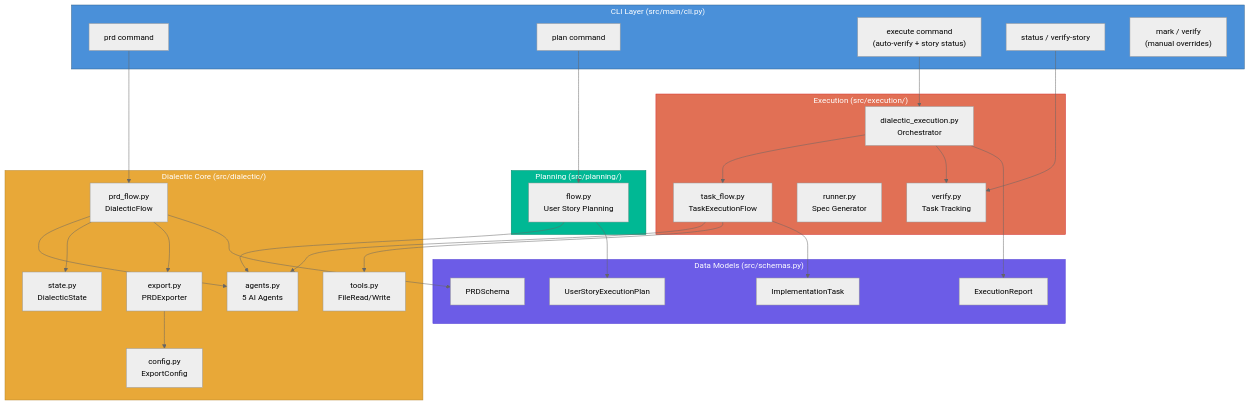
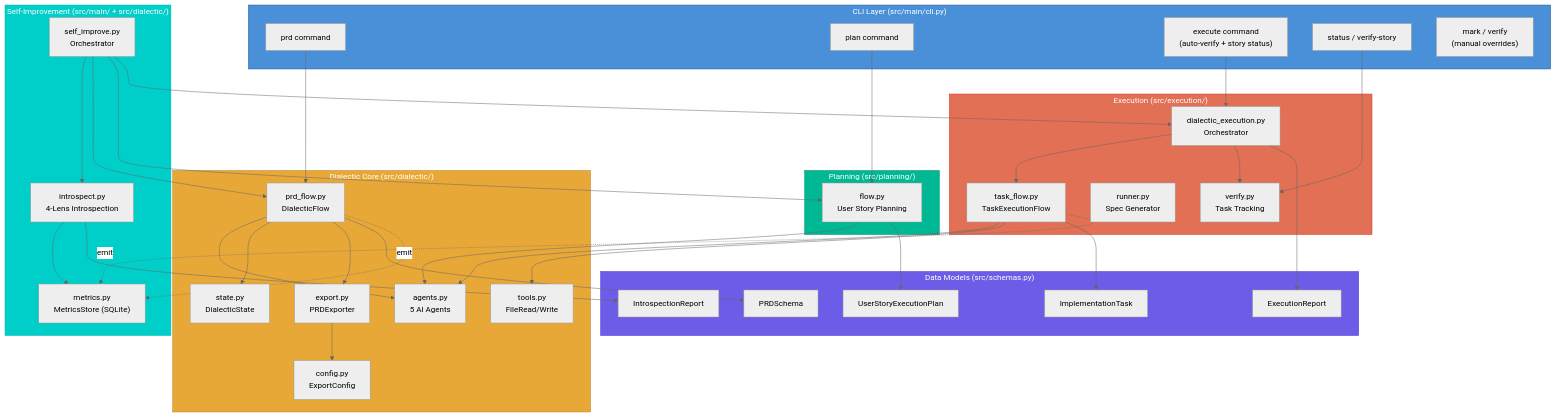
The first of 5 diagrams in docs/architecture.md (darthlinuxer/dialectic-crew-ai), drawn with Mermaid (neutral theme) before and after one commit. The commit also changed other lines of this file and 59 other files, not shown here.

````diff
--- a/docs/architecture.md
+++ b/docs/architecture.md
@@ -9,63 +9,80 @@
 ```mermaid
 graph TB
     subgraph CLI["CLI Layer (src/main/cli.py)"]
         CMD_PRD["prd command"]
         CMD_PLAN["plan command"]
         CMD_EXEC["execute command<br/>(auto-verify + story status)"]
         CMD_STATUS["status / verify-story"]
         CMD_OVERRIDES["mark / verify<br/>(manual overrides)"]
     end
 
     subgraph Core["Dialectic Core (src/dialectic/)"]
         AGENTS["agents.py<br/>5 AI Agents"]
         PRD_FLOW["prd_flow.py<br/>DialecticFlow"]
         STATE["state.py<br/>DialecticState"]
         EXPORT["export.py<br/>PRDExporter"]
         CONFIG["config.py<br/>ExportConfig"]
         TOOLS["tools.py<br/>FileRead/Write"]
     end
 
     subgraph Planning["Planning (src/planning/)"]
         PLAN_FLOW["flow.py<br/>User Story Planning"]
     end
 
     subgraph Execution["Execution (src/execution/)"]
         DIAL_EXEC["dialectic_execution.py<br/>Orchestrator"]
         TASK_FLOW["task_flow.py<br/>TaskExecutionFlow"]
         RUNNER["runner.py<br/>Spec Generator"]
         VERIFY["verify.py<br/>Task Tracking"]
     end
 
+    subgraph SelfImprove["Self-Improvement (src/main/ + src/dialectic/)"]
+        SELF_IMPROVE["self_improve.py<br/>Orchestrator"]
+        METRICS["metrics.py<br/>MetricsStore (SQLite)"]
+        INTROSPECT["introspect.py<br/>4-Lens Introspection"]
+    end
+
     subgraph Schemas["Data Models (src/schemas.py)"]
         PRD_S["PRDSchema"]
         PLAN_S["UserStoryExecutionPlan"]
         TASK_S["ImplementationTask"]
         EXEC_S["ExecutionReport"]
+        INTRO_S["IntrospectionReport"]
     end
 
     CMD_PRD --> PRD_FLOW
     CMD_PLAN --> PLAN_FLOW
     CMD_EXEC --> DIAL_EXEC
     CMD_STATUS --> VERIFY
 
     PRD_FLOW --> AGENTS
     PRD_FLOW --> STATE
     PRD_FLOW --> EXPORT
     PLAN_FLOW --> AGENTS
     DIAL_EXEC --> TASK_FLOW
     TASK_FLOW --> AGENTS
     TASK_FLOW --> TOOLS
     DIAL_EXEC --> VERIFY
 
     EXPORT --> CONFIG
     PRD_FLOW --> PRD_S
     PLAN_FLOW --> PLAN_S
     TASK_FLOW --> TASK_S
     DIAL_EXEC --> EXEC_S
 
+    SELF_IMPROVE --> INTROSPECT
+    SELF_IMPROVE --> PRD_FLOW
+    SELF_IMPROVE --> PLAN_FLOW
+    SELF_IMPROVE --> DIAL_EXEC
+    INTROSPECT --> METRICS
+    INTROSPECT --> INTRO_S
+    PRD_FLOW -.->|"emit"| METRICS
+    TASK_FLOW -.->|"emit"| METRICS
+
     style CLI fill:#4A90D9,stroke:#2C5F8A,color:#fff
     style Core fill:#E8A838,stroke:#B8862D,color:#fff
     style Planning fill:#00B894,stroke:#00896B,color:#fff
     style Execution fill:#E17055,stroke:#D63031,color:#fff
+    style SelfImprove fill:#00CEC9,stroke:#00B4B4,color:#fff
     style Schemas fill:#6C5CE7,stroke:#4834D4,color:#fff
 ```
````
